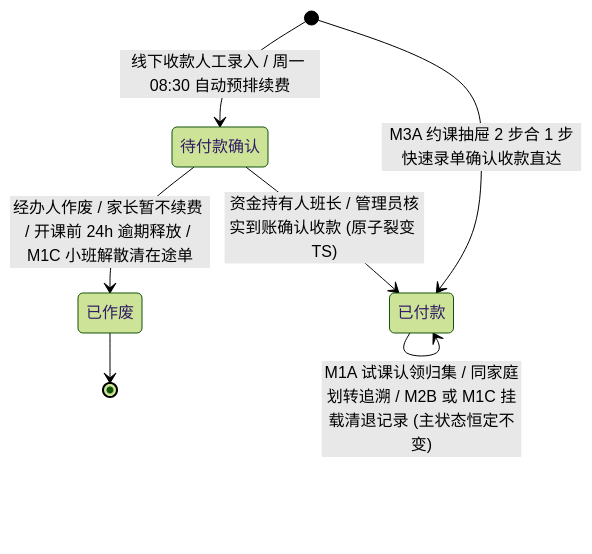
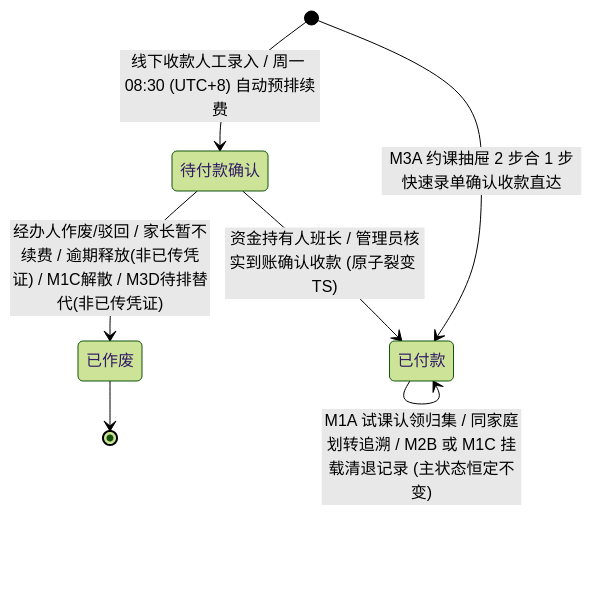
Before and after one commit to Onezao/dream: diagram 11 of 20 in docs/ENTITY_STATE_MACHINES.md, drawn with Mermaid (forest theme). The commit also changed other lines of this file and 34 other files, not shown here.

````diff
--- a/docs/ENTITY_STATE_MACHINES.md
+++ b/docs/ENTITY_STATE_MACHINES.md
@@ -192,12 +297,12 @@
 ```mermaid
 stateDiagram-v2
-    [*] --> 待付款确认: 线下收款人工录入 / 周一 08:30 自动预排续费
+    [*] --> 待付款确认: 线下收款人工录入 / 周一 08:30 (UTC+8) 自动预排续费
     [*] --> 已付款: M3A 约课抽屉 2 步合 1 步快速录单确认收款直达
 
     待付款确认 --> 已付款: 资金持有人班长 / 管理员核实到账确认收款 (原子裂变 TS)
-    待付款确认 --> 已作废: 经办人作废 / 家长暂不续费 / 开课前 24h 逾期释放 / M1C 小班解散清在途单
+    待付款确认 --> 已作废: 经办人作废/驳回 / 家长暂不续费 / 逾期释放(非已传凭证) / M1C解散 / M3D待排替代(非已传凭证)
 
     已付款 --> 已付款: M1A 试课认领归集 / 同家庭划转追溯 / M2B 或 M1C 挂载清退记录 (主状态恒定不变)
 
     已作废 --> [*]
 ```
````
